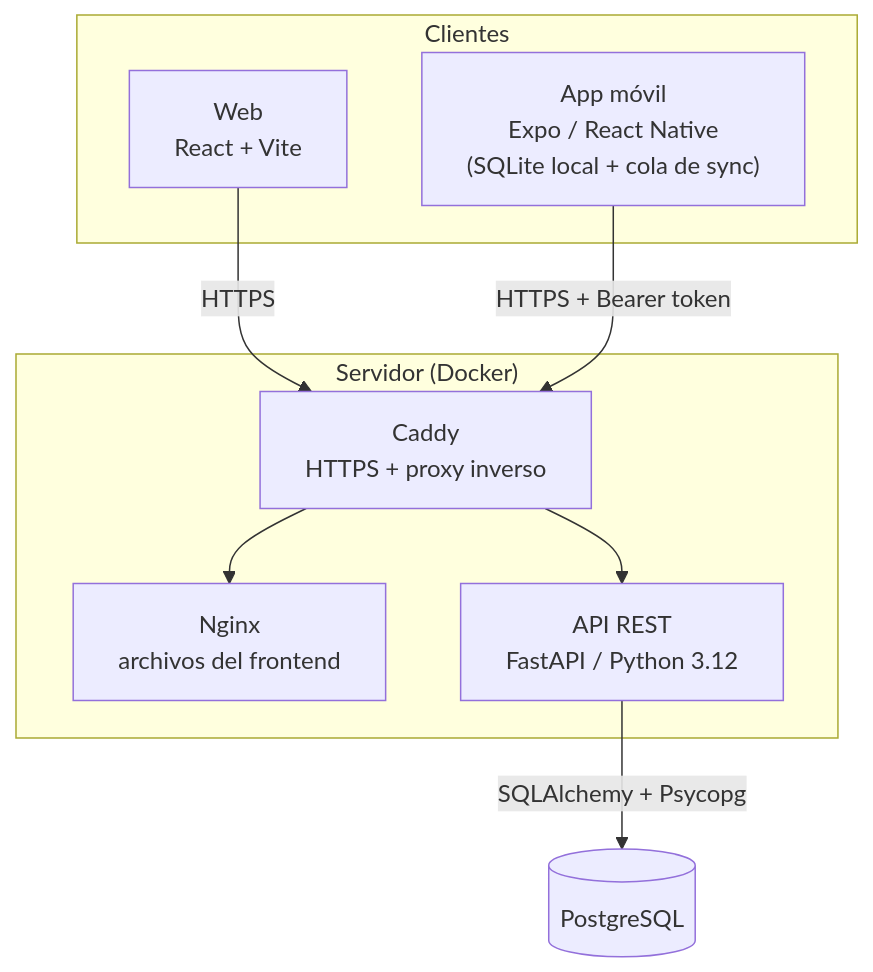
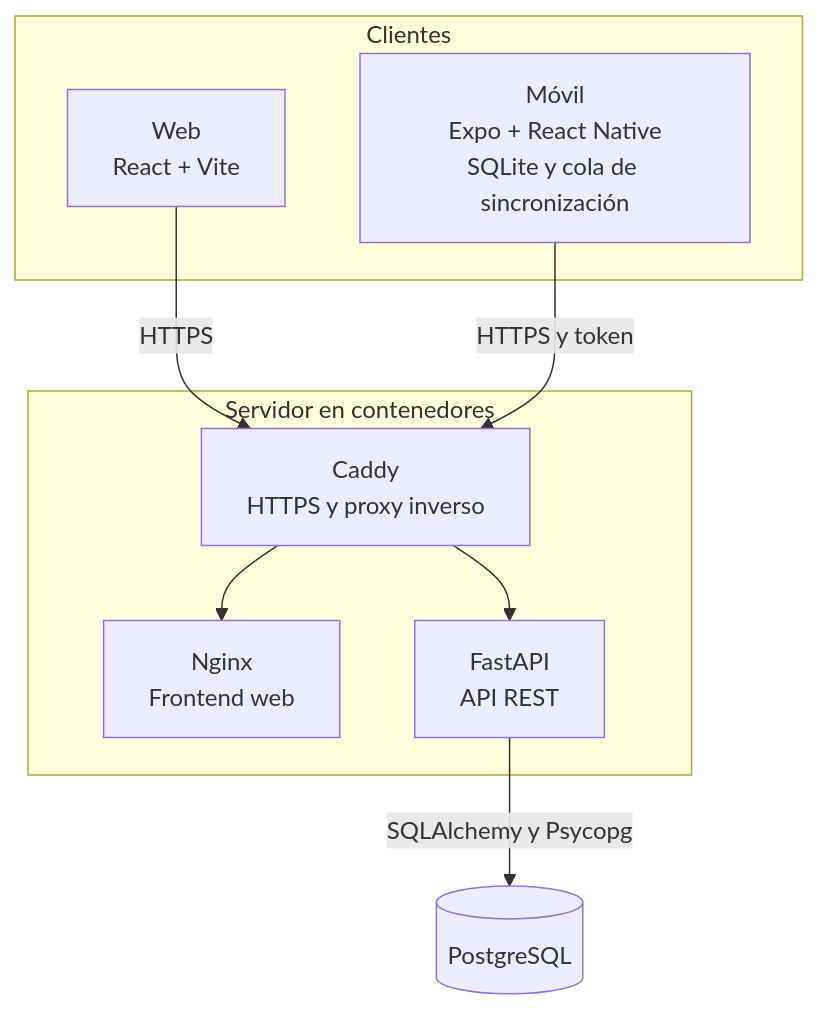
One commit to pednunez/Sistema-de-gestion---Colmenares-tres-pinos changed the diagram in README.md. Above: the diagram before and after it, drawn with Mermaid. The commit also changed other lines of this file, not shown here.

Commit message:
docs: profesionalizar README del proyecto

````diff
--- a/README.md
+++ b/README.md
@@ -112,21 +101,21 @@
 ```mermaid
 flowchart TD
     subgraph Clientes
-        W["Web<br/>React + Vite"]
-        M["App móvil<br/>Expo / React Native<br/>(SQLite local + cola de sync)"]
+        WEB["Web<br/>React + Vite"]
+        APP["Móvil<br/>Expo + React Native<br/>SQLite y cola de sincronización"]
     end
 
-    subgraph Servidor["Servidor (Docker)"]
-        C["Caddy<br/>HTTPS + proxy inverso"]
-        N["Nginx<br/>archivos del frontend"]
-        A["API REST<br/>FastAPI / Python 3.12"]
+    subgraph Infraestructura["Servidor en contenedores"]
+        PROXY["Caddy<br/>HTTPS y proxy inverso"]
+        FRONT["Nginx<br/>Frontend web"]
+        API["FastAPI<br/>API REST"]
     end
 
     DB[("PostgreSQL")]
 
-    W -->|HTTPS| C
-    M -->|HTTPS + Bearer token| C
-    C --> N
-    C --> A
-    A -->|SQLAlchemy + Psycopg| DB
+    WEB -->|HTTPS| PROXY
+    APP -->|HTTPS y token| PROXY
+    PROXY --> FRONT
+    PROXY --> API
+    API -->|SQLAlchemy y Psycopg| DB
 ```
````
